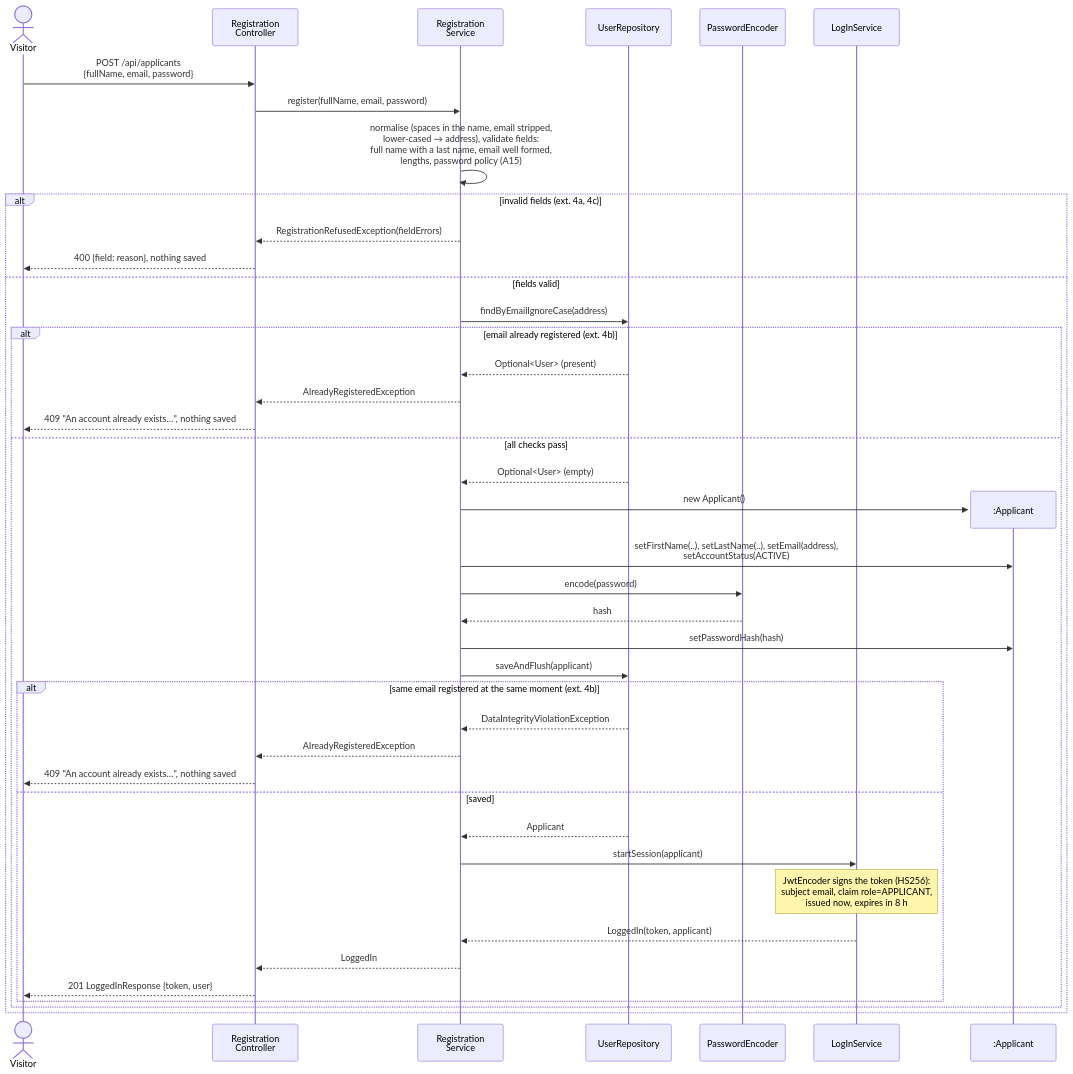
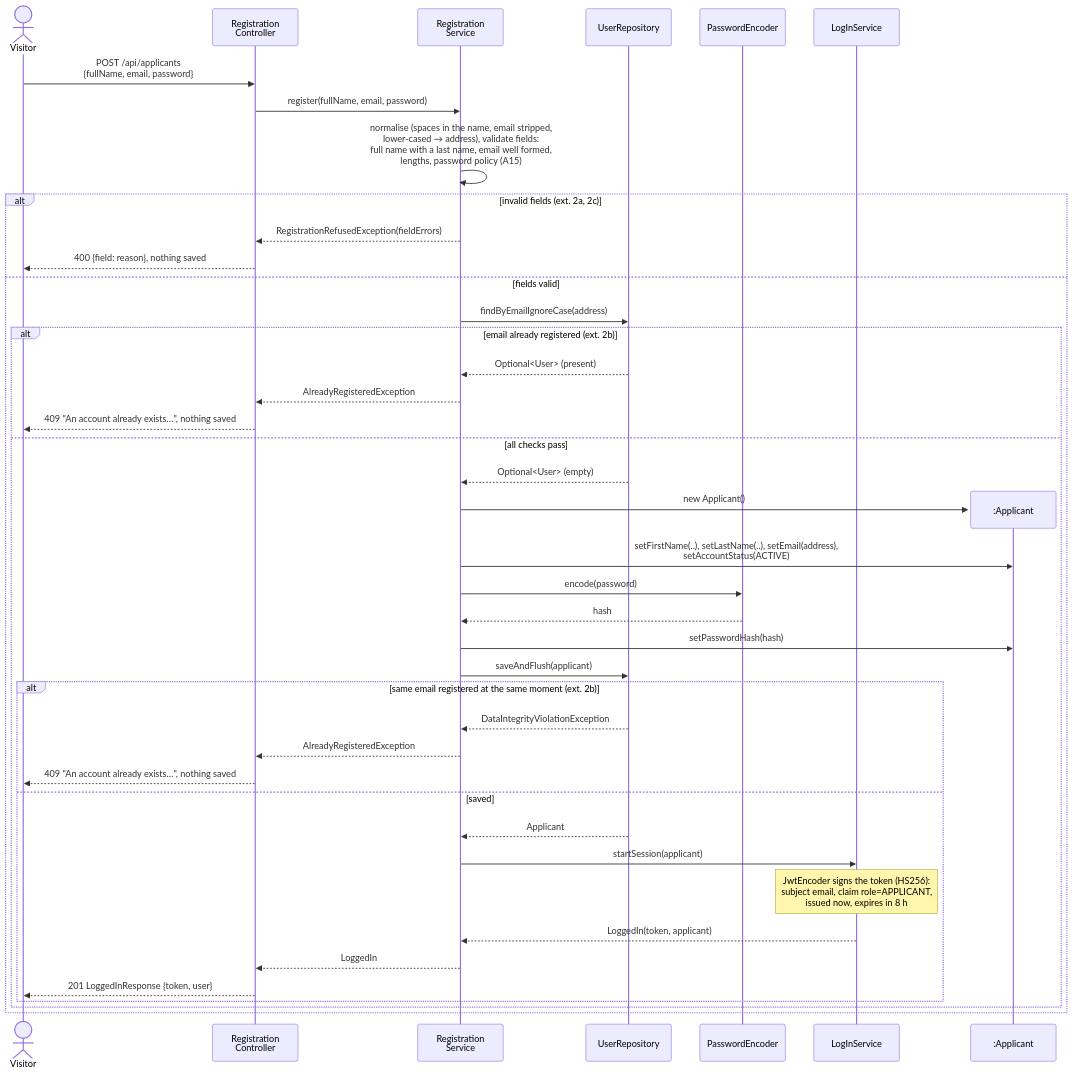
One commit to berdyshevol/careerbridge-csi5324 changed the second of 4 diagrams in spec/design.md. Above: the diagram before and after it, drawn with Mermaid. The commit also changed other lines of this file and 12 other files, not shown here.

````diff
--- a/spec/design.md
+++ b/spec/design.md
@@ -67,46 +67,46 @@
 ```mermaid
 sequenceDiagram
     actor V as Visitor
     participant RC as Registration<br/>Controller
     participant RS as Registration<br/>Service
     participant UR as UserRepository
     participant PE as PasswordEncoder
     participant LS as LogInService
 
     V->>RC: POST /api/applicants<br/>{fullName, email, password}
     RC->>RS: register(fullName, email, password)
     RS->>RS: normalise (spaces in the name, email stripped,<br/>lower-cased → address), validate fields:<br/>full name with a last name, email well formed,<br/>lengths, password policy (A15)
 
-    alt invalid fields (ext. 4a, 4c)
+    alt invalid fields (ext. 2a, 2c)
         RS-->>RC: RegistrationRefusedException(fieldErrors)
         RC-->>V: 400 {field: reason}, nothing saved
     else fields valid
         RS->>UR: findByEmailIgnoreCase(address)
-        alt email already registered (ext. 4b)
+        alt email already registered (ext. 2b)
             UR-->>RS: Optional<User> (present)
             RS-->>RC: AlreadyRegisteredException
             RC-->>V: 409 "An account already exists…", nothing saved
         else all checks pass
             UR-->>RS: Optional<User> (empty)
             create participant A as :Applicant
             RS->>A: new Applicant()
             RS->>A: setFirstName(..), setLastName(..), setEmail(address),<br/>setAccountStatus(ACTIVE)
             RS->>PE: encode(password)
             PE-->>RS: hash
             RS->>A: setPasswordHash(hash)
             RS->>UR: saveAndFlush(applicant)
-            alt same email registered at the same moment (ext. 4b)
+            alt same email registered at the same moment (ext. 2b)
                 UR-->>RS: DataIntegrityViolationException
                 RS-->>RC: AlreadyRegisteredException
                 RC-->>V: 409 "An account already exists…", nothing saved
             else saved
                 UR-->>RS: Applicant
                 RS->>LS: startSession(applicant)
                 Note over LS: JwtEncoder signs the token (HS256):<br/>subject email, claim role=APPLICANT,<br/>issued now, expires in 8 h
                 LS-->>RS: LoggedIn(token, applicant)
                 RS-->>RC: LoggedIn
                 RC-->>V: 201 LoggedInResponse {token, user}
             end
         end
     end
 ```
````
